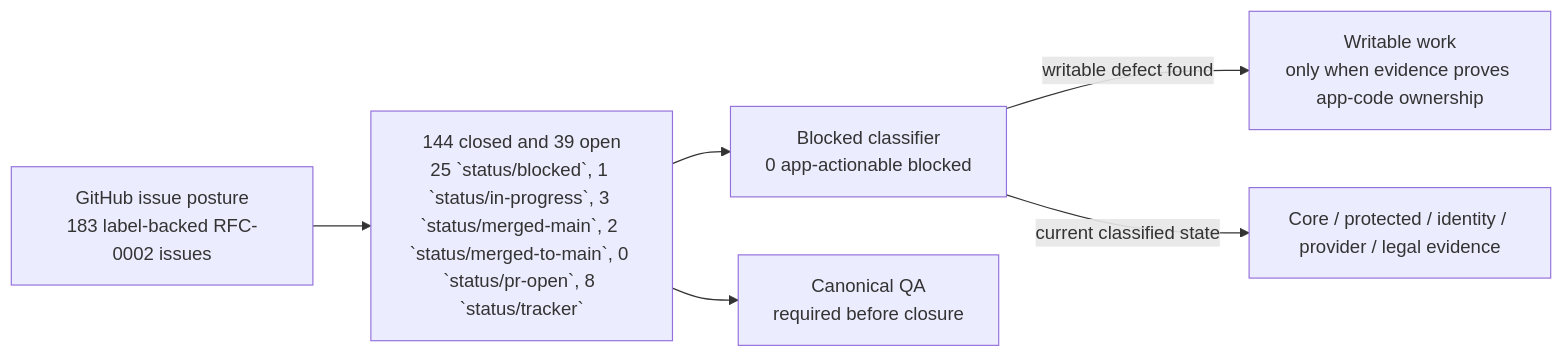
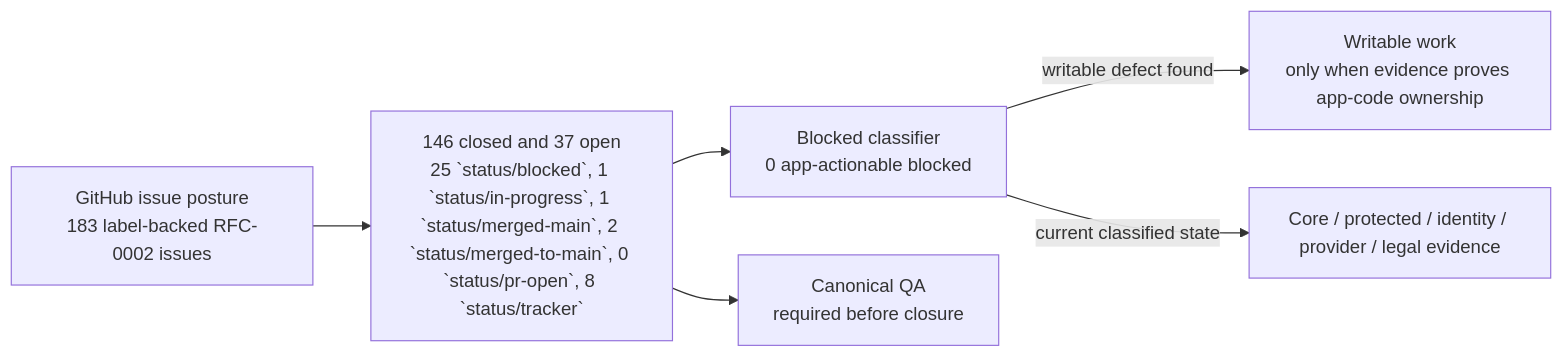
Before and after one commit to sgajbi/lotus-idea: the first of 2 diagrams in wiki/RFC-0002-Execution-Status.md, drawn with Mermaid. The commit also changed other lines of this file and 11 other files, not shown here.

````diff
--- a/wiki/RFC-0002-Execution-Status.md
+++ b/wiki/RFC-0002-Execution-Status.md
@@ -39,15 +39,15 @@
 ```mermaid
 flowchart LR
     Issues["GitHub issue posture<br/>183 label-backed RFC-0002 issues"]
-    Open["144 closed and 39 open<br/>25 `status/blocked`, 1 `status/in-progress`, 3 `status/merged-main`, 2 `status/merged-to-main`, 0 `status/pr-open`, 8 `status/tracker`"]
+    Open["146 closed and 37 open<br/>25 `status/blocked`, 1 `status/in-progress`, 1 `status/merged-main`, 2 `status/merged-to-main`, 0 `status/pr-open`, 8 `status/tracker`"]
     Blocked["Blocked classifier<br/>0 app-actionable blocked"]
     Work["Writable work<br/>only when evidence proves app-code ownership"]
     External["Core / protected / identity / provider / legal evidence"]
     QA["Canonical QA<br/>required before closure"]
 
     Issues --> Open
     Open --> Blocked
     Blocked -->|"writable defect found"| Work
     Blocked -->|"current classified state"| External
     Open --> QA
 ```
````
